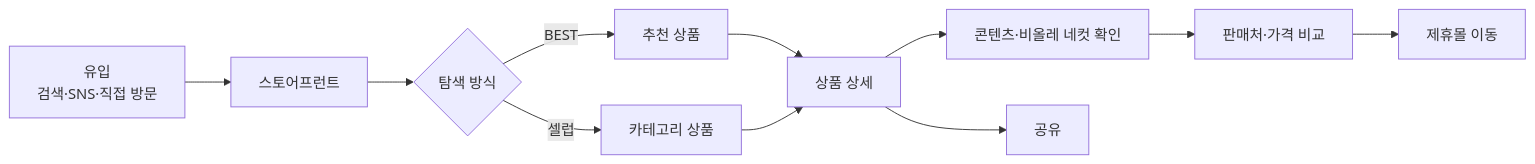
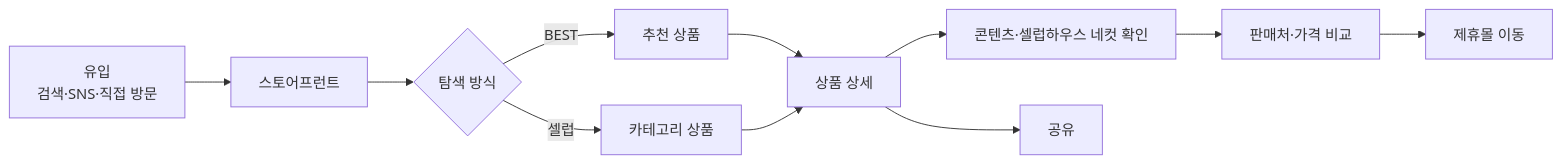
The first of 14 diagrams in README.md (hwangsanghan0519/blog), drawn with Mermaid before and after one commit. The commit also changed other lines of this file and 32 other files, not shown here.

````diff
--- a/README.md
+++ b/README.md
@@ -77,13 +77,13 @@
 ```mermaid
 flowchart LR
   A[유입<br/>검색·SNS·직접 방문] --> B[스토어프런트]
   B --> C{탐색 방식}
   C -->|BEST| D[추천 상품]
   C -->|셀럽| E[카테고리 상품]
   D --> F[상품 상세]
   E --> F
-  F --> G[콘텐츠·비올레 네컷 확인]
+  F --> G[콘텐츠·셀럽하우스 네컷 확인]
   G --> H[판매처·가격 비교]
   H --> I[제휴몰 이동]
   F --> J[공유]
 ```
````
